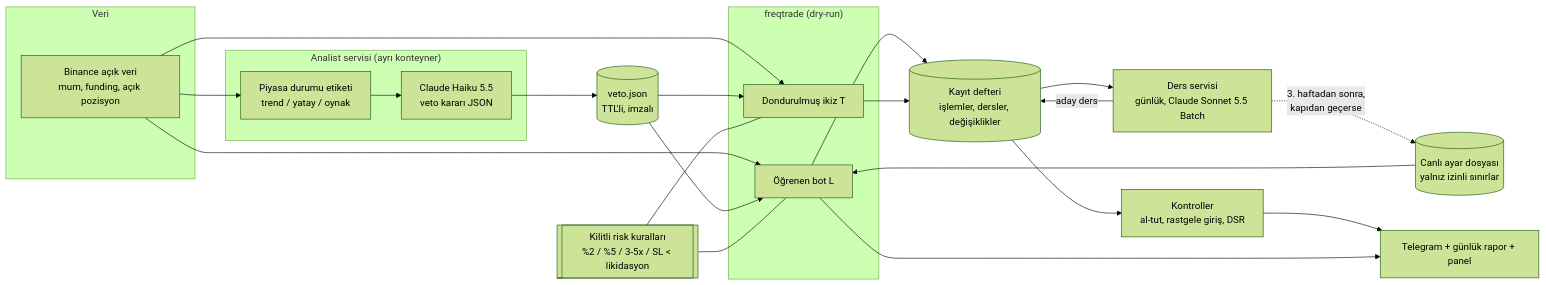
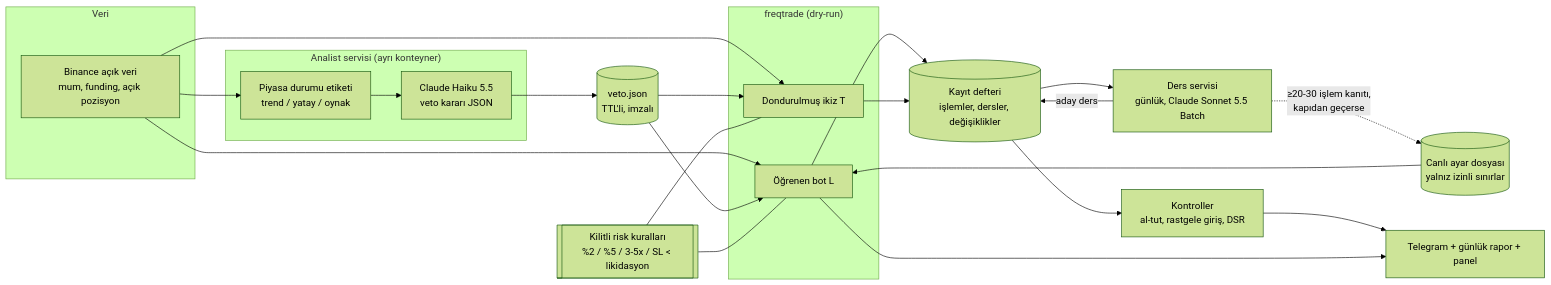
The diagram in otonom-trading-arastirma/mimari-taslak.md (sselimgenc-oss/SG-Github-AB-proje), drawn with Mermaid (forest theme) before and after one commit. The commit also changed other lines of this file and 1 other file, not shown here.

````diff
--- a/otonom-trading-arastirma/mimari-taslak.md
+++ b/otonom-trading-arastirma/mimari-taslak.md
@@ -18,31 +21,31 @@
 ```mermaid
 flowchart LR
   subgraph Veri
     BX[Binance açık veri<br/>mum, funding, açık pozisyon]
   end
   subgraph Analist["Analist servisi (ayrı konteyner)"]
     RJ[Piyasa durumu etiketi<br/>trend / yatay / oynak]
     CL[Claude Haiku 5.5<br/>veto kararı JSON]
   end
   VD[(veto.json<br/>TTL'li, imzalı)]
   subgraph Botlar["freqtrade (dry-run)"]
     L[Öğrenen bot L]
     T[Dondurulmuş ikiz T]
   end
   RK[[Kilitli risk kuralları<br/>%2 / %5 / 3-5x / SL < likidasyon]]
   DF[(Kayıt defteri<br/>işlemler, dersler, değişiklikler)]
   DR[Ders servisi<br/>günlük, Claude Sonnet 5.5 Batch]
   AY[(Canlı ayar dosyası<br/>yalnız izinli sınırlar)]
   KN[Kontroller<br/>al-tut, rastgele giriş, DSR]
   TG[Telegram + günlük rapor + panel]
 
   BX --> RJ --> CL --> VD
   BX --> L & T
   VD --> L & T
   RK --- L & T
   L & T --> DF
   DF --> DR -->|aday ders| DF
-  DR -.->|3. haftadan sonra,<br/>kapıdan geçerse| AY --> L
+  DR -.->|≥20-30 işlem kanıtı,<br/>kapıdan geçerse| AY --> L
   DF --> KN --> TG
   L --> TG
 ```
````
